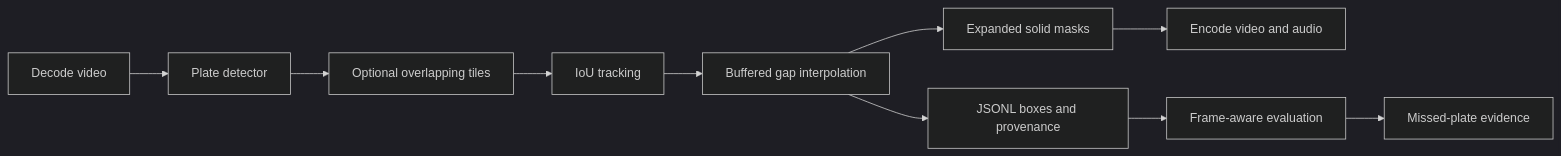
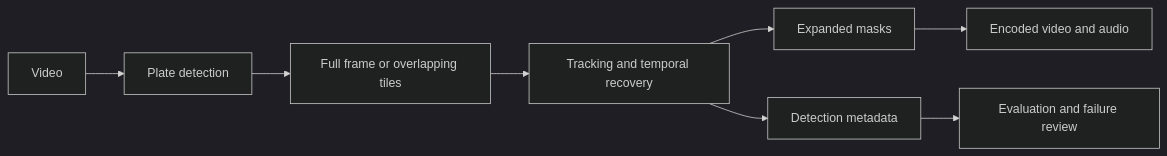
One commit to alaamadii/license-plate-video-anonymizer changed the diagram in README.md. Above: the diagram before and after it, drawn with Mermaid (dark theme). The commit also changed other lines of this file and 20 other files, not shown here.

````diff
--- a/README.md
+++ b/README.md
@@ -12,12 +22,10 @@
 ```mermaid
 flowchart LR
-    A[Decode video] --> B[Plate detector]
-    B --> C[Optional overlapping tiles]
-    C --> D[IoU tracking]
-    D --> E[Buffered gap interpolation]
-    E --> F[Expanded solid masks]
-    F --> G[Encode video and audio]
-    E --> H[JSONL boxes and provenance]
-    H --> I[Frame-aware evaluation]
-    I --> J[Missed-plate evidence]
+    A[Video] --> B[Plate detection]
+    B --> C[Full frame or overlapping tiles]
+    C --> D[Tracking and temporal recovery]
+    D --> E[Expanded masks]
+    E --> F[Encoded video and audio]
+    D --> G[Detection metadata]
+    G --> H[Evaluation and failure review]
 ```
````
